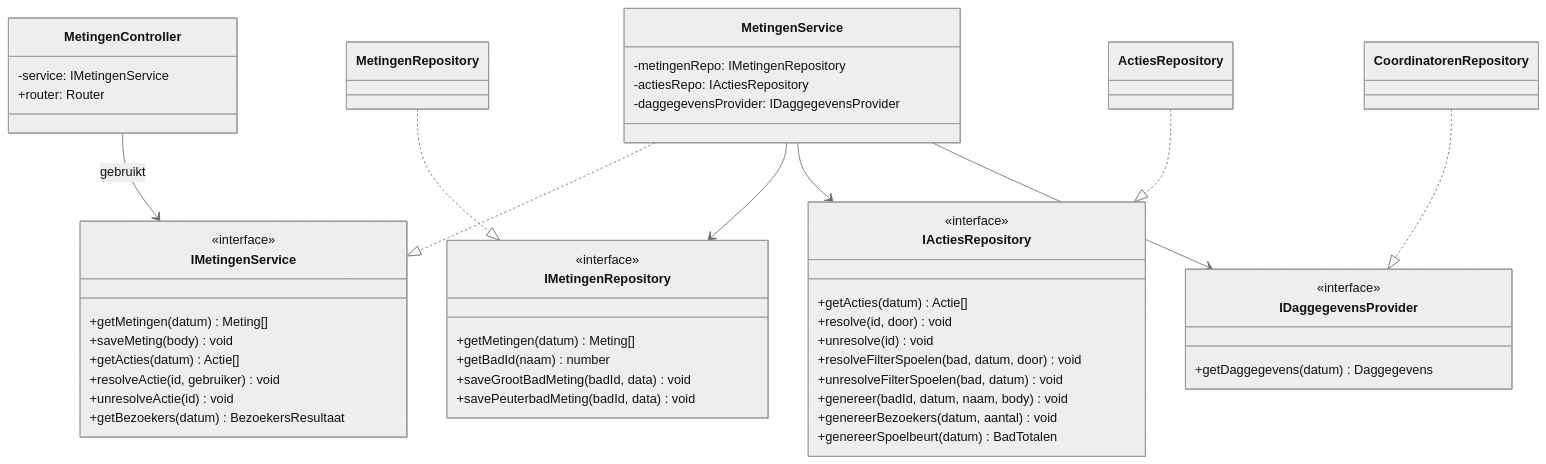
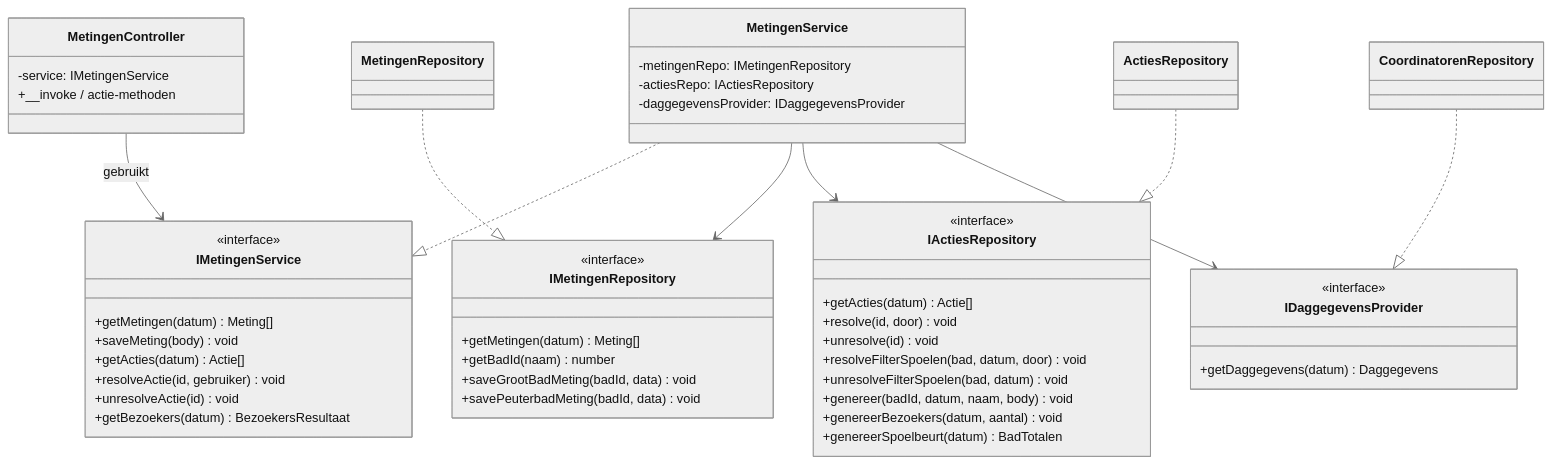
Before and after one commit to pjgheijmans/NewSiteWaterbeheerDeBercken: the third of 5 diagrams in docs/architecture/backend.md, drawn with Mermaid (neutral theme). The commit also changed other lines of this file and 5 other files, not shown here.

First line of the commit message:
docs: werk architectuurdocs bij naar de PHP-backend

````diff
--- a/docs/architecture/backend.md
+++ b/docs/architecture/backend.md
@@ -58,58 +60,58 @@
 ```mermaid
 classDiagram
     class MetingenController {
         -service: IMetingenService
-        +router: Router
+        +__invoke / actie-methoden
     }
 
     class IMetingenService {
         <<interface>>
         +getMetingen(datum) Meting[]
         +saveMeting(body) void
         +getActies(datum) Actie[]
         +resolveActie(id, gebruiker) void
         +unresolveActie(id) void
         +getBezoekers(datum) BezoekersResultaat
     }
     class MetingenService {
         -metingenRepo: IMetingenRepository
         -actiesRepo: IActiesRepository
         -daggegevensProvider: IDaggegevensProvider
     }
 
     class IMetingenRepository {
         <<interface>>
         +getMetingen(datum) Meting[]
         +getBadId(naam) number
         +saveGrootBadMeting(badId, data) void
         +savePeuterbadMeting(badId, data) void
     }
     class IActiesRepository {
         <<interface>>
         +getActies(datum) Actie[]
         +resolve(id, door) void
         +unresolve(id) void
         +resolveFilterSpoelen(bad, datum, door) void
         +unresolveFilterSpoelen(bad, datum) void
         +genereer(badId, datum, naam, body) void
         +genereerBezoekers(datum, aantal) void
         +genereerSpoelbeurt(datum) BadTotalen
     }
     class IDaggegevensProvider {
         <<interface>>
         +getDaggegevens(datum) Daggegevens
     }
 
     class MetingenRepository
     class ActiesRepository
     class CoordinatorenRepository
 
     MetingenController --> IMetingenService : gebruikt
     MetingenService ..|> IMetingenService
     MetingenService --> IMetingenRepository
     MetingenService --> IActiesRepository
     MetingenService --> IDaggegevensProvider
     MetingenRepository ..|> IMetingenRepository
     ActiesRepository ..|> IActiesRepository
     CoordinatorenRepository ..|> IDaggegevensProvider
 ```
````
